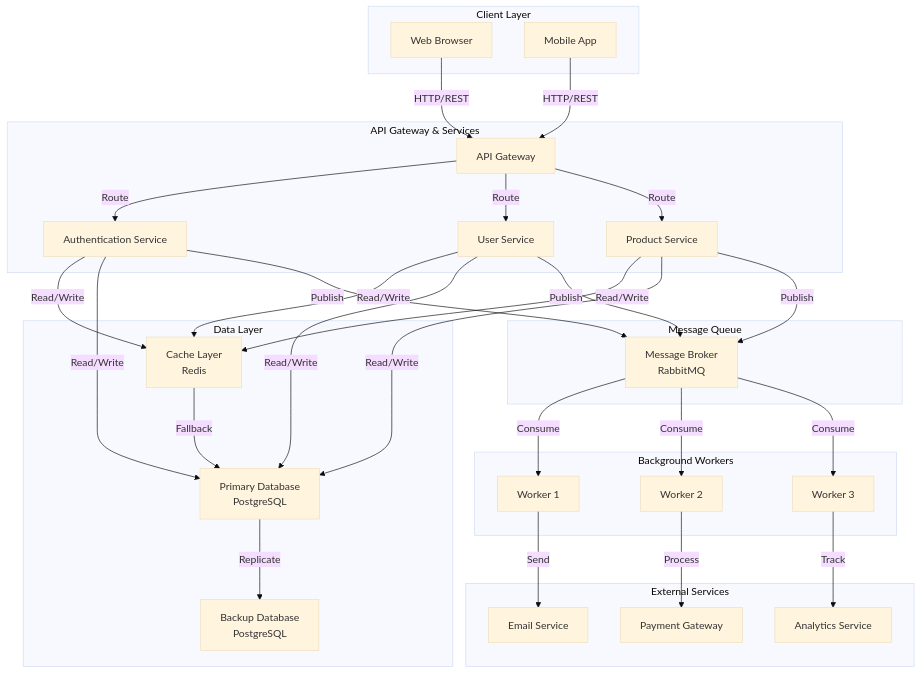
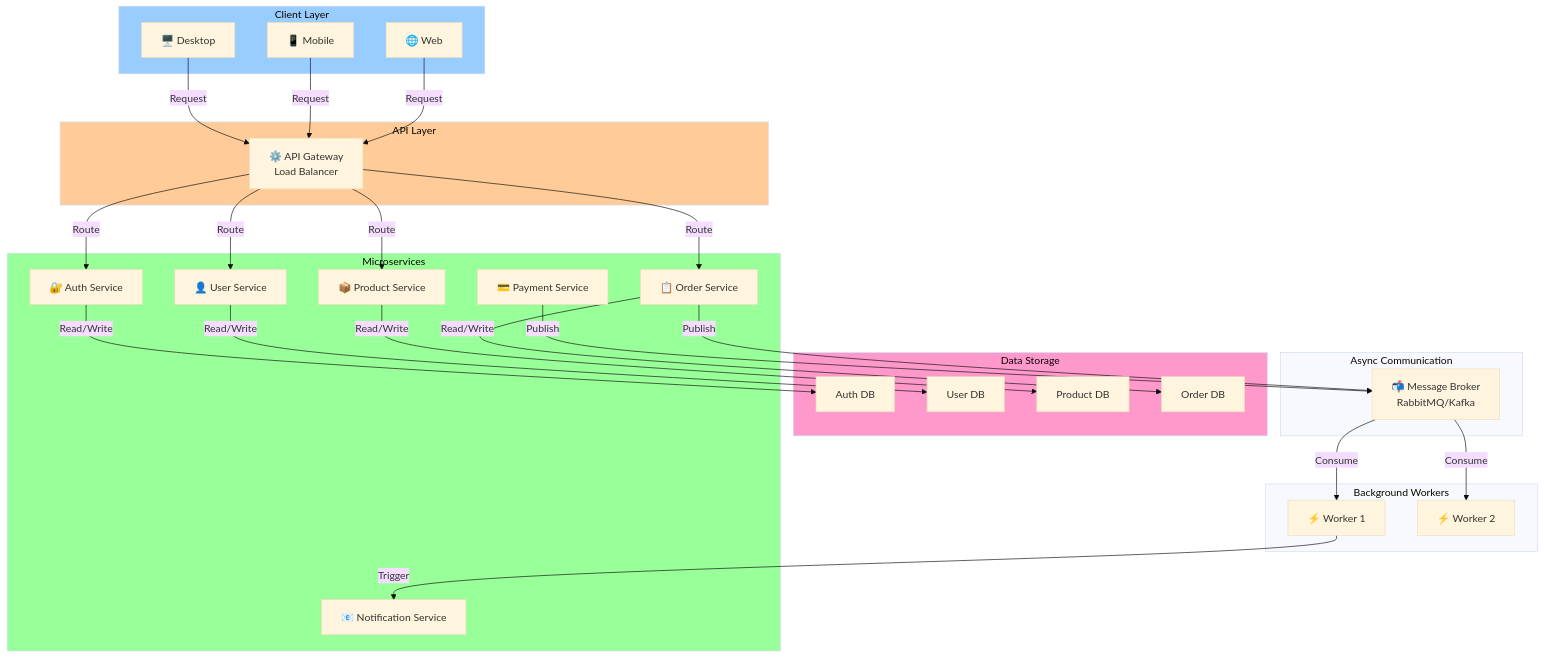
One commit to quesiblaq442-del/architecture-diagram changed the second of 6 diagrams in ARCHITECTURE.md. Above: the diagram before and after it, drawn with Mermaid (base theme). The commit also changed other lines of this file, not shown here.

Commit message:
Add comprehensive architecture variations and interactive guide

````diff
--- a/ARCHITECTURE.md
+++ b/ARCHITECTURE.md
@@ -7,66 +45,63 @@
 ```mermaid
 graph TB
     subgraph Client["Client Layer"]
-        Web["Web Browser"]
-        Mobile["Mobile App"]
+        Web["🌐 Web"]
+        Mobile["📱 Mobile"]
+        Desktop["🖥️ Desktop"]
     end
 
-    subgraph API["API Gateway & Services"]
-        Gateway["API Gateway"]
-        Auth["Authentication Service"]
-        User["User Service"]
-        Product["Product Service"]
+    subgraph Gateway["API Layer"]
+        APIGateway["⚙️ API Gateway<br/>Load Balancer"]
     end
 
-    subgraph Data["Data Layer"]
-        Cache["Cache Layer<br/>Redis"]
-        Database["Primary Database<br/>PostgreSQL"]
-        Backup["Backup Database<br/>PostgreSQL"]
+    subgraph Services["Microservices"]
+        AuthSvc["🔐 Auth Service"]
+        UserSvc["👤 User Service"]
+        ProductSvc["📦 Product Service"]
+        OrderSvc["📋 Order Service"]
+        PaymentSvc["💳 Payment Service"]
+        NotifSvc["📧 Notification Service"]
     end
 
-    subgraph Queue["Message Queue"]
-        Queue_Srv["Message Broker<br/>RabbitMQ"]
+    subgraph Data["Data Storage"]
+        AuthDB["Auth DB"]
+        UserDB["User DB"]
+        ProductDB["Product DB"]
+        OrderDB["Order DB"]
+    end
+
+    subgraph MessageQueue["Async Communication"]
+        MQ["📬 Message Broker<br/>RabbitMQ/Kafka"]
     end
 
     subgraph Workers["Background Workers"]
-        Worker1["Worker 1"]
-        Worker2["Worker 2"]
-        Worker3["Worker 3"]
+        Worker1["⚡ Worker 1"]
+        Worker2["⚡ Worker 2"]
     end
 
-    subgraph External["External Services"]
-        Email["Email Service"]
-        Payment["Payment Gateway"]
-        Analytics["Analytics Service"]
-    end
-
-    Web -->|HTTP/REST| Gateway
-    Mobile -->|HTTP/REST| Gateway
+    Web -->|Request| APIGateway
+    Mobile -->|Request| APIGateway
+    Desktop -->|Request| APIGateway
     
-    Gateway -->|Route| Auth
-    Gateway -->|Route| User
-    Gateway -->|Route| Product
+    APIGateway -->|Route| AuthSvc
+    APIGateway -->|Route| UserSvc
+    APIGateway -->|Route| ProductSvc
+    APIGateway -->|Route| OrderSvc
     
-    Auth -->|Read/Write| Cache
-    User -->|Read/Write| Cache
-    Product -->|Read/Write| Cache
+    AuthSvc -->|Read/Write| AuthDB
+    UserSvc -->|Read/Write| UserDB
+    ProductSvc -->|Read/Write| ProductDB
+    OrderSvc -->|Read/Write| OrderDB
     
-    Cache -->|Fallback| Database
-    Auth -->|Read/Write| Database
-    User -->|Read/Write| Database
-    Product -->|Read/Write| Database
+    OrderSvc -->|Publish| MQ
+    PaymentSvc -->|Publish| MQ
     
-    Database -->|Replicate| Backup
+    MQ -->|Consume| Worker1
+    MQ -->|Consume| Worker2
+    Worker1 -->|Trigger| NotifSvc
     
-    Auth -->|Publish| Queue_Srv
-    User -->|Publish| Queue_Srv
-    Product -->|Publish| Queue_Srv
-    
-    Queue_Srv -->|Consume| Worker1
-    Queue_Srv -->|Consume| Worker2
-    Queue_Srv -->|Consume| Worker3
-    
-    Worker1 -->|Send| Email
-    Worker2 -->|Process| Payment
-    Worker3 -->|Track| Analytics
+    style Services fill:#99ff99
+    style Client fill:#99ccff
+    style Gateway fill:#ffcc99
+    style Data fill:#ff99cc
 ```
````
